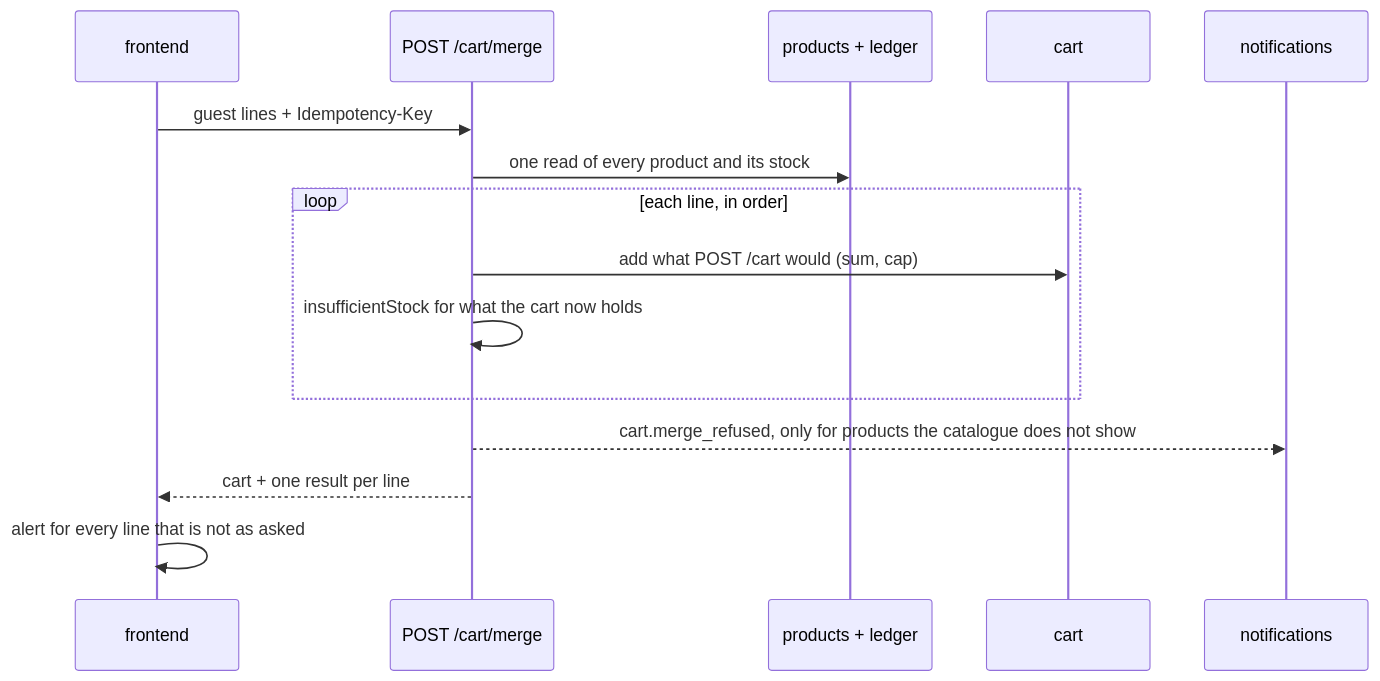
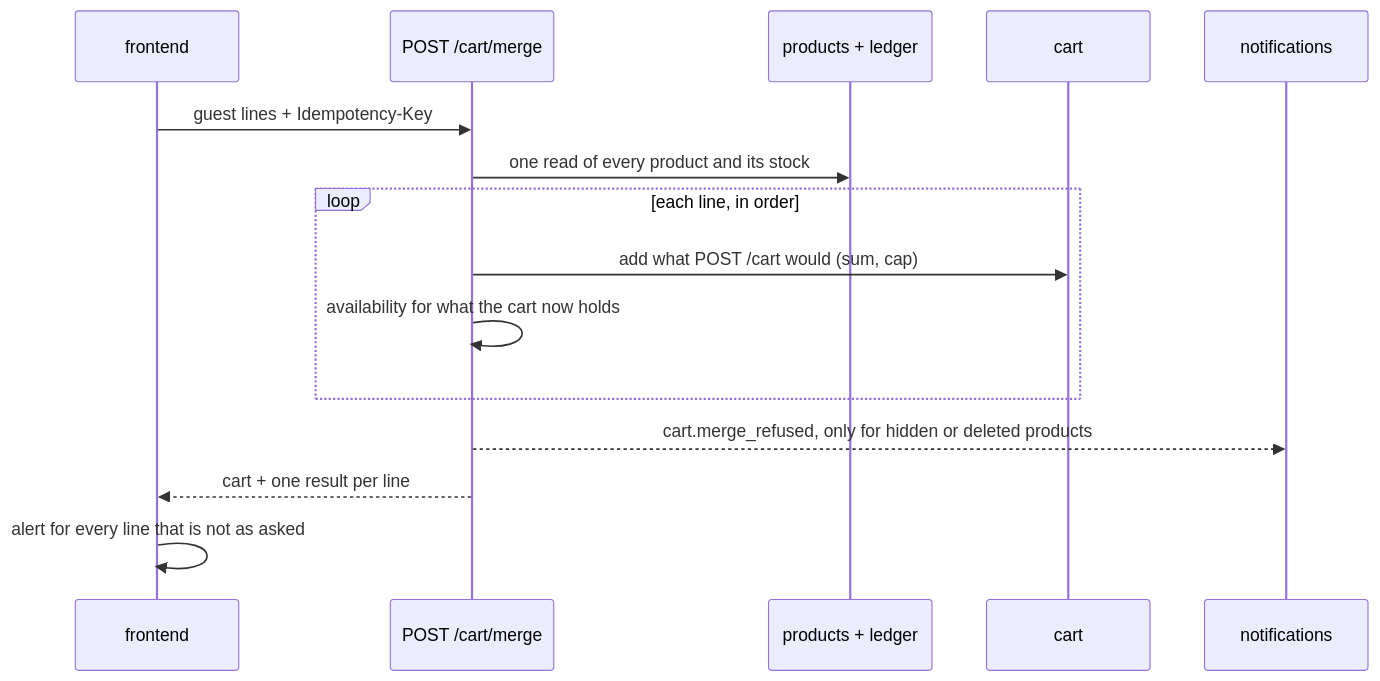
The third of 4 diagrams in docs/modules/cart.md (Guebbit/boilerplate-node-backend), drawn with Mermaid before and after one commit. The commit also changed other lines of this file and 9 other files, not shown here.

First line of the commit message:
docs(products): explain product states and line availability

````diff
--- a/docs/modules/cart.md
+++ b/docs/modules/cart.md
@@ -124,17 +156,17 @@
 ```mermaid
 sequenceDiagram
     participant FE as frontend
     participant API as POST /cart/merge
     participant P as products + ledger
     participant C as cart
     participant N as notifications
     FE->>API: guest lines + Idempotency-Key
     API->>P: one read of every product and its stock
     loop each line, in order
         API->>C: add what POST /cart would (sum, cap)
-        API->>API: insufficientStock for what the cart now holds
+        API->>API: availability for what the cart now holds
     end
-    API-->>N: cart.merge_refused, only for products the catalogue does not show
+    API-->>N: cart.merge_refused, only for hidden or deleted products
     API-->>FE: cart + one result per line
     FE->>FE: alert for every line that is not as asked
 ```
````
